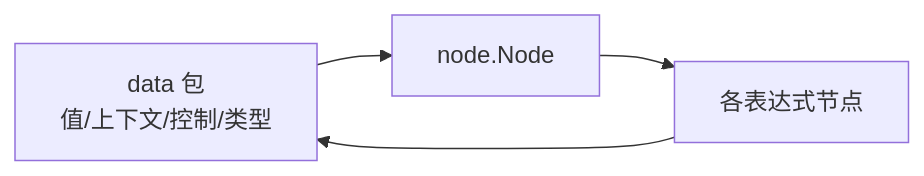
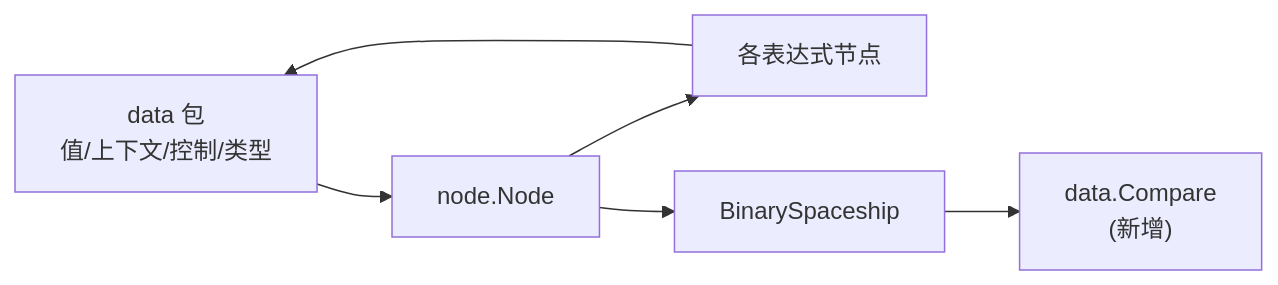
Diagram 12 of 12 in .qoder/repowiki/zh/content/编译器系统/抽象语法树系统/表达式节点.md (php-any/origami), drawn with Mermaid before and after one commit. The commit also changed other lines of this file and 21 other files, not shown here.

````diff
--- a/.qoder/repowiki/zh/content/编译器系统/抽象语法树系统/表达式节点.md
+++ b/.qoder/repowiki/zh/content/编译器系统/抽象语法树系统/表达式节点.md
@@ -430,6 +488,8 @@
 ```mermaid
 graph LR
 D["data 包<br/>值/上下文/控制/类型"] --> N["node.Node"]
 N --> E["各表达式节点"]
+N --> BS["BinarySpaceship"]
 E --> D
+BS --> DC["data.Compare<br/>(新增)"]
 ```
````
